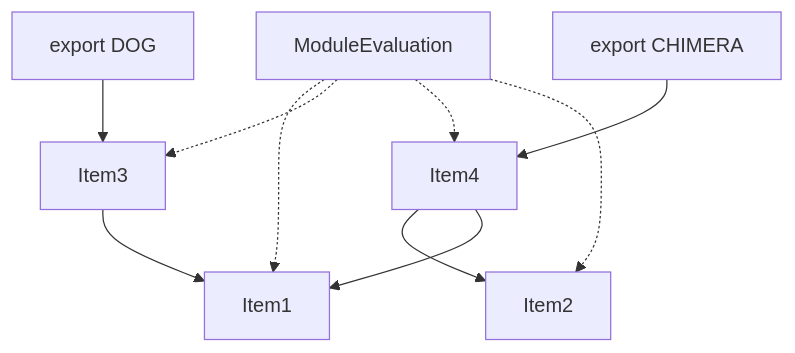
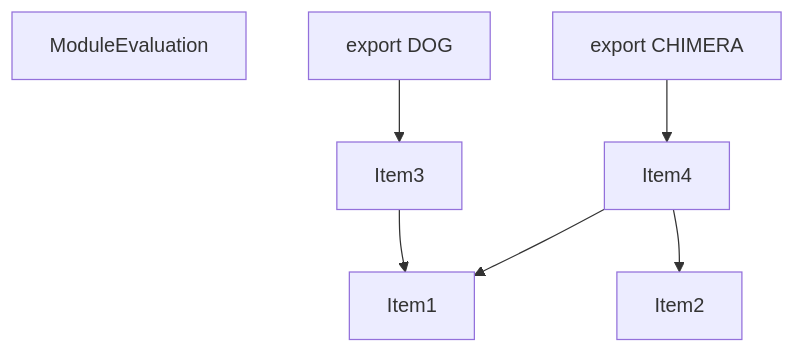
One commit to vercel/turborepo changed the fourth of 5 diagrams in crates/turbopack-ecmascript/tests/tree-shaker/analyzer/simple/output.md. Above: the diagram before and after it, drawn with Mermaid. The commit also changed other lines of this file and 3 other files, not shown here.

````diff
--- a/crates/turbopack-ecmascript/tests/tree-shaker/analyzer/simple/output.md
+++ b/crates/turbopack-ecmascript/tests/tree-shaker/analyzer/simple/output.md
@@ -99,22 +99,18 @@
 ```mermaid
 graph TD
     Item1;
     Item2;
     Item3;
     Item4;
     Item5;
     Item5["ModuleEvaluation"];
     Item6;
     Item6["export DOG"];
     Item7;
     Item7["export CHIMERA"];
     Item3 --> Item1;
     Item4 --> Item2;
     Item4 --> Item1;
-    Item5 -.-> Item1;
-    Item5 -.-> Item3;
-    Item5 -.-> Item4;
-    Item5 -.-> Item2;
     Item6 --> Item3;
     Item7 --> Item4;
 ```
````
